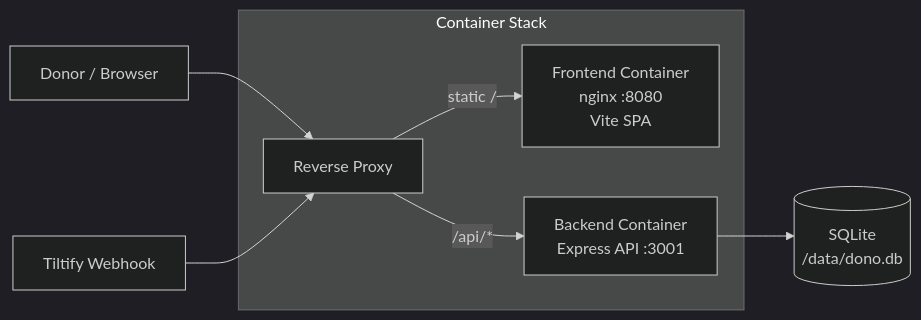
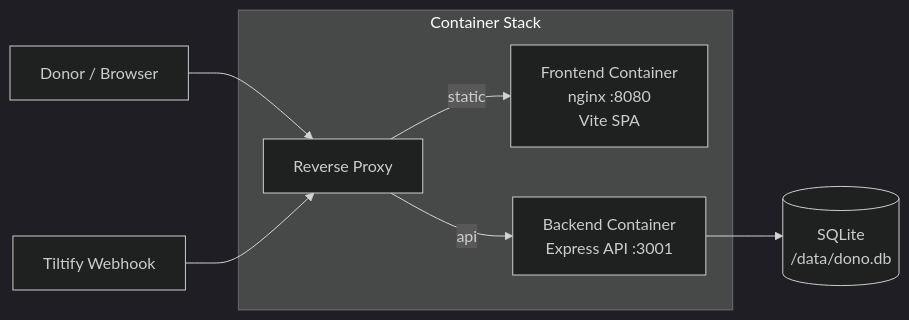
One commit to Codescales/esa-dono-ui changed the first of 2 diagrams in README.md. Above: the diagram before and after it, drawn with Mermaid (dark theme). The commit also changed other lines of this file, not shown here.

Commit message:
docs(readme): fix mermaid syntax for GitHub rendering

````diff
--- a/README.md
+++ b/README.md
@@ -93,12 +93,12 @@
 ```mermaid
 flowchart LR
     User[Donor / Browser] --> RP[Reverse Proxy]
     Tiltify[Tiltify Webhook] --> RP
 
-    subgraph Containers["Container Stack"]
-        RP -- "static /" --> Frontend[Frontend Container<br/>nginx :8080<br/>Vite SPA]
-        RP -- "/api/*" --> Backend[Backend Container<br/>Express API :3001]
+    subgraph Container Stack
+        RP -->|static| Frontend[Frontend Container<br/>nginx :8080<br/>Vite SPA]
+        RP -->|api| Backend[Backend Container<br/>Express API :3001]
     end
 
     Backend --> SQLite[(SQLite<br/>/data/dono.db)]
 ```
````
